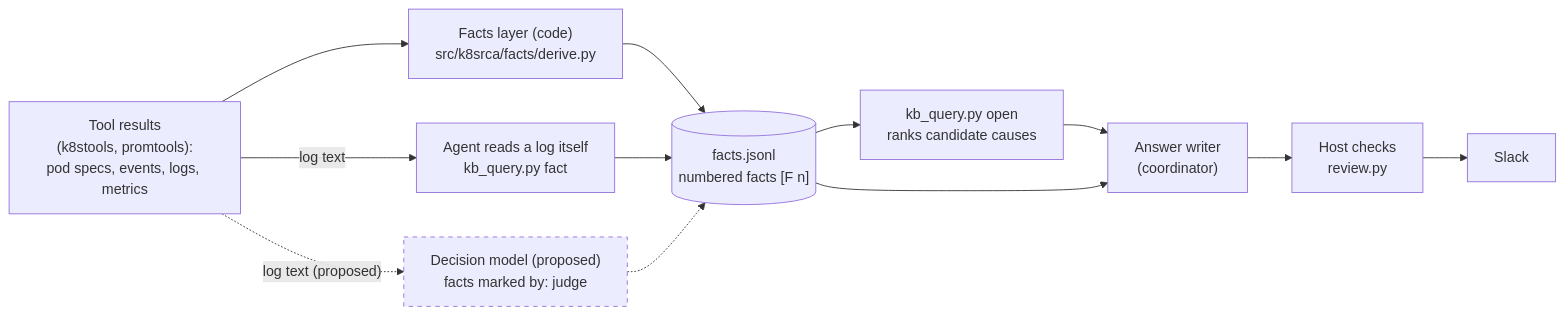
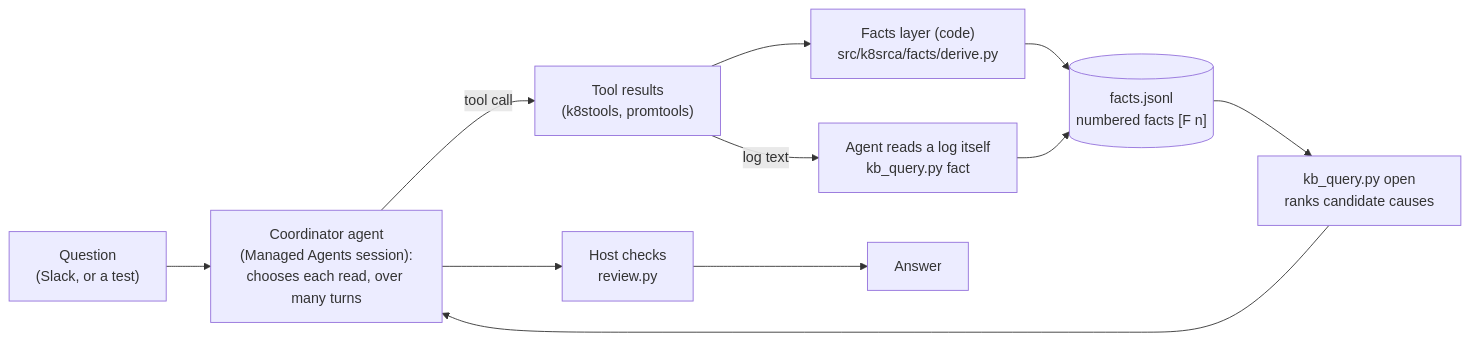
Before and after one commit to BenedatLLC/k8srca: the first of 2 diagrams in designs/011-decision-models.md, drawn with Mermaid. The commit also changed other lines of this file and 9 other files, not shown here.

````diff
--- a/designs/011-decision-models.md
+++ b/designs/011-decision-models.md
@@ -47,18 +57,18 @@
 ```mermaid
 flowchart LR
-  T["Tool results<br/>(k8stools, promtools):<br/>pod specs, events, logs, metrics"]
+  Q["Question<br/>(Slack, or a test)"]
+  A["Coordinator agent<br/>(Managed Agents session):<br/>chooses each read, over many turns"]
+  T["Tool results<br/>(k8stools, promtools)"]
   F["Facts layer (code)<br/>src/k8srca/facts/derive.py"]
   AG["Agent reads a log itself<br/>kb_query.py fact"]
-  JD["Decision model (proposed)<br/>facts marked by: judge"]:::planned
   FL[("facts.jsonl<br/>numbered facts [F n]")]
   O["kb_query.py open<br/>ranks candidate causes"]
-  W["Answer writer<br/>(coordinator)"]
   C["Host checks<br/>review.py"]
-  S["Slack"]
+  S["Answer"]
+  Q --> A
+  A -- "tool call" --> T
   T --> F --> FL
   T -- "log text" --> AG --> FL
-  T -. "log text (proposed)" .-> JD -.-> FL
-  FL --> O --> W --> C --> S
-  FL --> W
-  classDef planned stroke-dasharray: 5 5
+  FL --> O --> A
+  A --> C --> S
 ```
````
